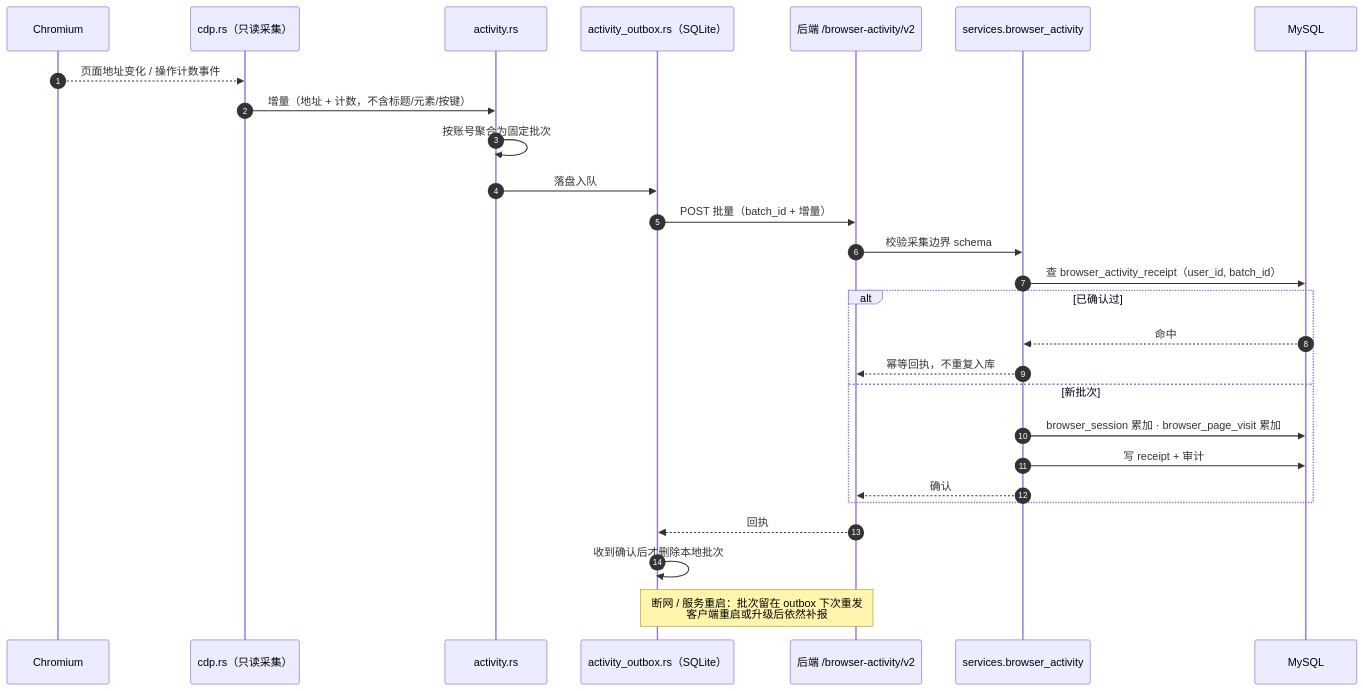
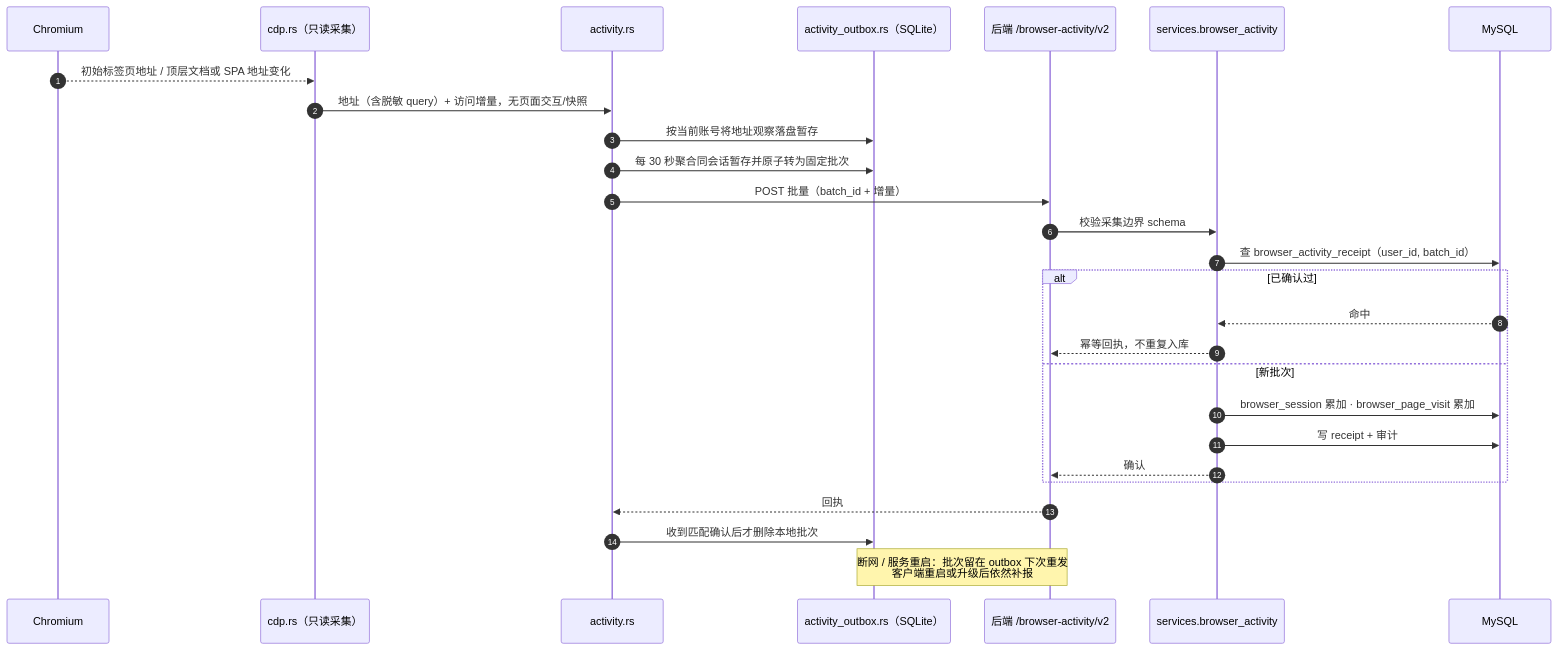
One commit to jingchen0529/vestus changed the eighth of 12 diagrams in docs/architecture.md. Above: the diagram before and after it, drawn with Mermaid. The commit also changed 33 other files, not shown here.

````diff
--- a/docs/architecture.md
+++ b/docs/architecture.md
@@ -370,30 +370,30 @@
 ```mermaid
 sequenceDiagram
     autonumber
     participant C as Chromium
     participant CDP as cdp.rs（只读采集）
     participant AGG as activity.rs
     participant OB as activity_outbox.rs（SQLite）
     participant API as 后端 /browser-activity/v2
     participant SVC as services.browser_activity
     participant DB as MySQL
 
-    C-->>CDP: 页面地址变化 / 操作计数事件
-    CDP->>AGG: 增量（地址 + 计数，不含标题/元素/按键）
-    AGG->>AGG: 按账号聚合为固定批次
-    AGG->>OB: 落盘入队
-    OB->>API: POST 批量（batch_id + 增量）
+    C-->>CDP: 初始标签页地址 / 顶层文档或 SPA 地址变化
+    CDP->>AGG: 地址（含脱敏 query）+ 访问增量，无页面交互/快照
+    AGG->>OB: 按当前账号将地址观察落盘暂存
+    AGG->>OB: 每 30 秒聚合同会话暂存并原子转为固定批次
+    AGG->>API: POST 批量（batch_id + 增量）
     API->>SVC: 校验采集边界 schema
     SVC->>DB: 查 browser_activity_receipt（user_id, batch_id）
     alt 已确认过
         DB-->>SVC: 命中
         SVC-->>API: 幂等回执，不重复入库
     else 新批次
         SVC->>DB: browser_session 累加 · browser_page_visit 累加
         SVC->>DB: 写 receipt + 审计
         SVC-->>API: 确认
     end
-    API-->>OB: 回执
-    OB->>OB: 收到确认后才删除本地批次
+    API-->>AGG: 回执
+    AGG->>OB: 收到匹配确认后才删除本地批次
     Note over OB,API: 断网 / 服务重启：批次留在 outbox 下次重发<br/>客户端重启或升级后依然补报
 ```
````
